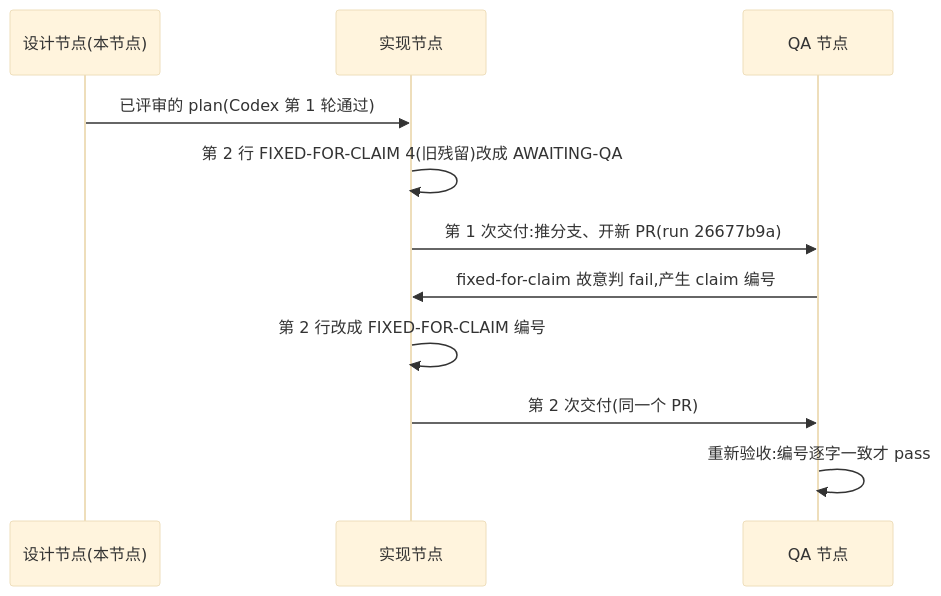
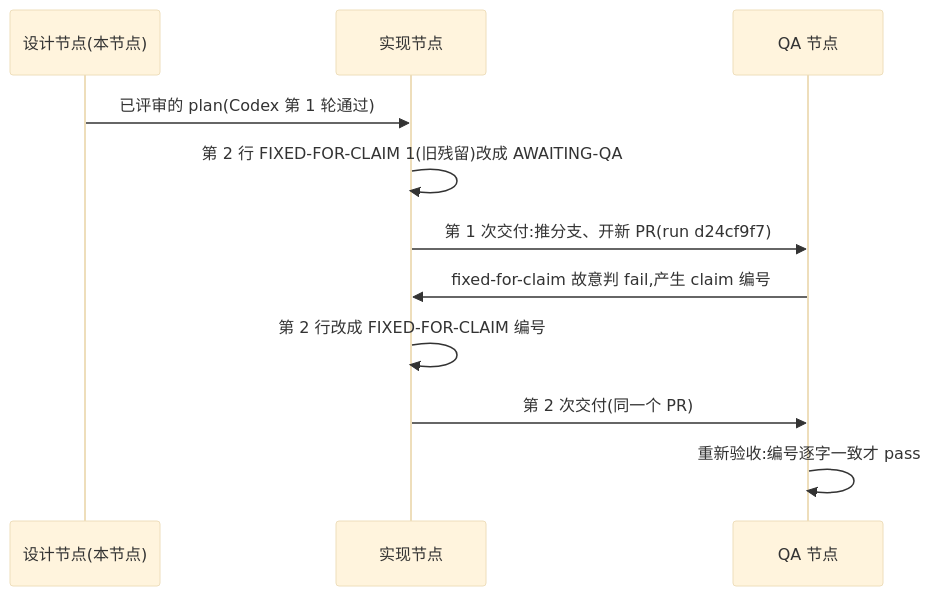
Before and after one commit to xrliAnnie/flywheel-qa-sandbox: the diagram in engineering/doc/FLY-3226-real-runner-drill/d1-core-flow.mmd, drawn with Mermaid (base theme). The commit also changed 2 other files, not shown here.

Commit message:
docs(qa-sbx): FLY-3226 design page for run d24cf9f7

```diff
--- a/engineering/doc/FLY-3226-real-runner-drill/d1-core-flow.mmd
+++ b/engineering/doc/FLY-3226-real-runner-drill/d1-core-flow.mmd
@@ -1,11 +1,11 @@
 sequenceDiagram
     participant D as 设计节点(本节点)
     participant I as 实现节点
     participant Q as QA 节点
     D->>I: 已评审的 plan(Codex 第 1 轮通过)
-    I->>I: 第 2 行 FIXED-FOR-CLAIM 4(旧残留)改成 AWAITING-QA
-    I->>Q: 第 1 次交付:推分支、开新 PR(run 26677b9a)
+    I->>I: 第 2 行 FIXED-FOR-CLAIM 1(旧残留)改成 AWAITING-QA
+    I->>Q: 第 1 次交付:推分支、开新 PR(run d24cf9f7)
     Q->>I: fixed-for-claim 故意判 fail,产生 claim 编号
     I->>I: 第 2 行改成 FIXED-FOR-CLAIM 编号
     I->>Q: 第 2 次交付(同一个 PR)
     Q->>Q: 重新验收:编号逐字一致才 pass
```
